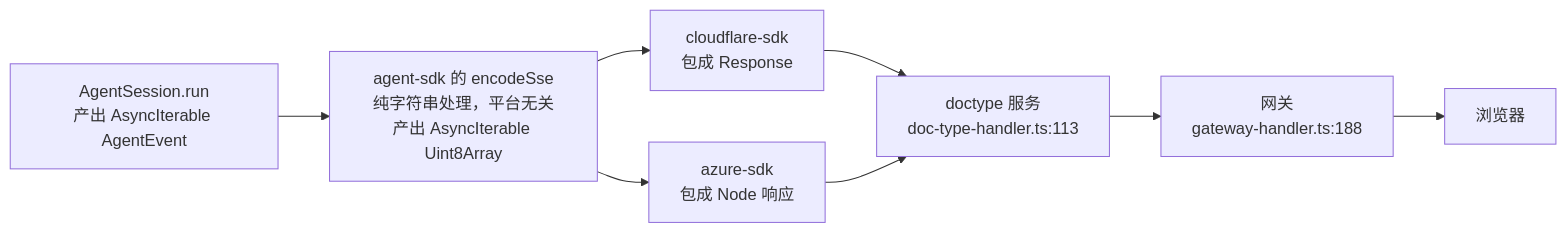
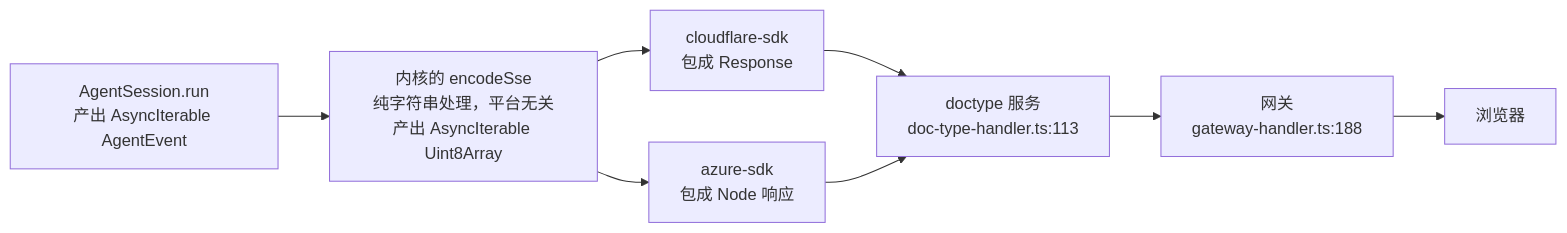
Diagram 13 of 15 in docs/superpowers/specs/2026-08-26-agent-sdk-design.md (shazhou-ww/unidocs), drawn with Mermaid before and after one commit. The commit also changed other lines of this file, not shown here.

First line of the commit message:
docs(agent-sdk): 不新建包,内核放 doctype-server-common/src/agent/

````diff
--- a/docs/superpowers/specs/2026-08-26-agent-sdk-design.md
+++ b/docs/superpowers/specs/2026-08-26-agent-sdk-design.md
@@ -966,10 +1021,10 @@
 ```mermaid
 flowchart LR
-    S["AgentSession.run<br/>产出 AsyncIterable AgentEvent"] --> E["agent-sdk 的 encodeSse<br/>纯字符串处理，平台无关<br/>产出 AsyncIterable Uint8Array"]
+    S["AgentSession.run<br/>产出 AsyncIterable AgentEvent"] --> E["内核的 encodeSse<br/>纯字符串处理，平台无关<br/>产出 AsyncIterable Uint8Array"]
     E --> P1["cloudflare-sdk<br/>包成 Response"]
     E --> P2["azure-sdk<br/>包成 Node 响应"]
     P1 --> W["doctype 服务<br/>doc-type-handler.ts:113"]
     P2 --> W
     W --> G["网关<br/>gateway-handler.ts:188"]
     G --> B["浏览器"]
 ```
````
